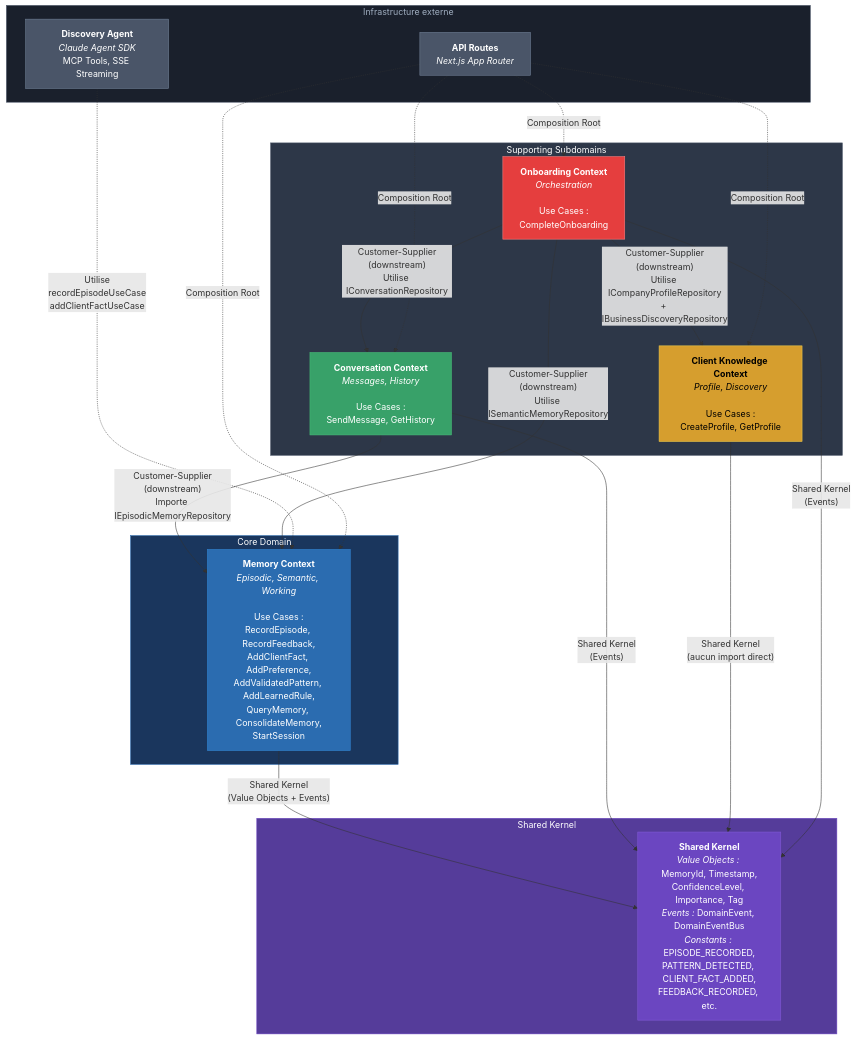
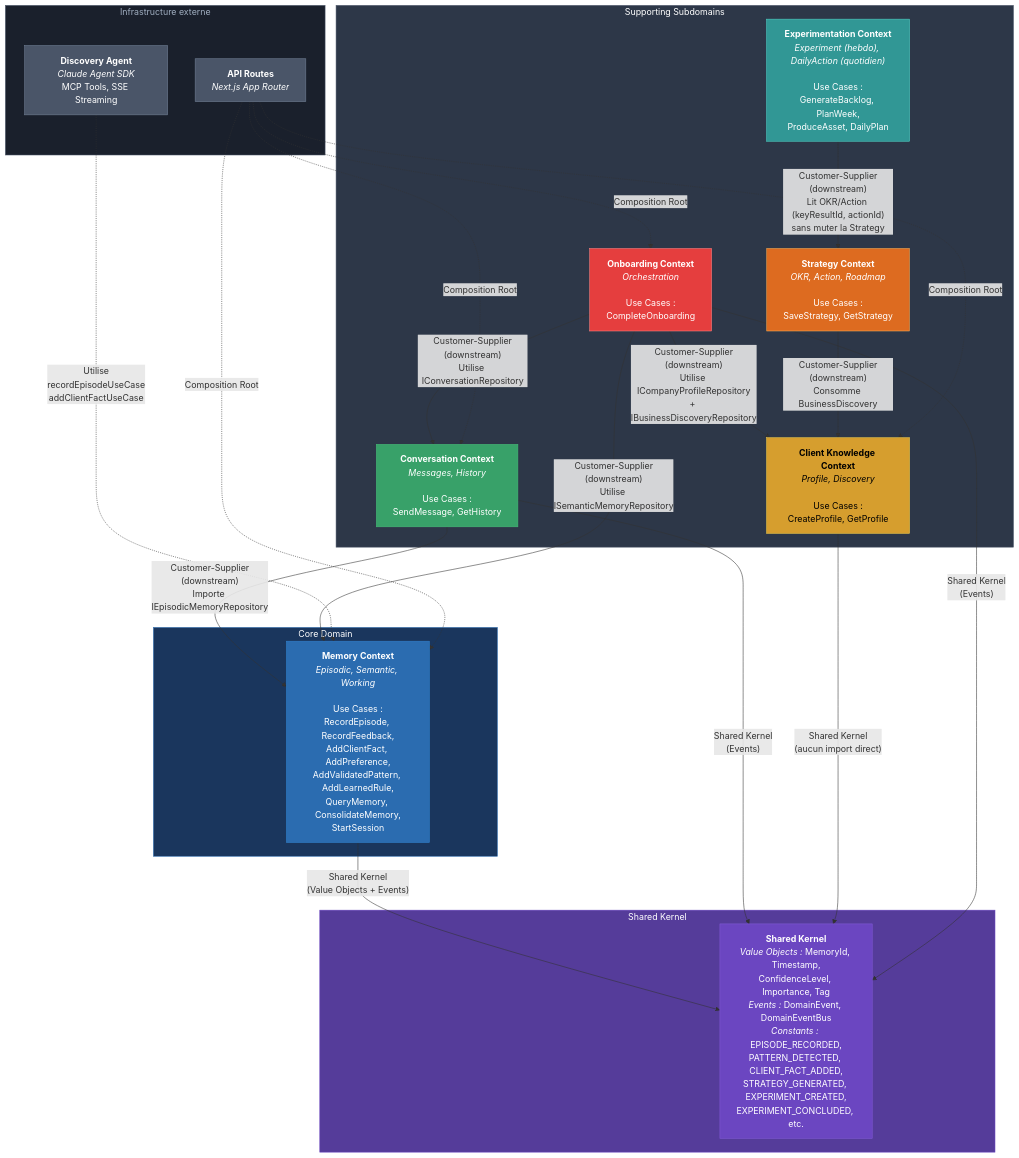
One commit to truchot/marketing-ai changed the first of 2 diagrams in docs/CONTEXT_MAP.md. Above: the diagram before and after it, drawn with Mermaid. The commit also changed other lines of this file and 2 other files, not shown here.

First line of the commit message:
docs: update context map and ubiquitous language, add data-flow diagram

````diff
--- a/docs/CONTEXT_MAP.md
+++ b/docs/CONTEXT_MAP.md
@@ -26,53 +30,59 @@
 ```mermaid
 graph TD
     subgraph core["Core Domain"]
         Memory["<b>Memory Context</b><br/><i>Episodic, Semantic, Working</i><br/><br/>Use Cases :<br/>RecordEpisode, RecordFeedback,<br/>AddClientFact, AddPreference,<br/>AddValidatedPattern, AddLearnedRule,<br/>QueryMemory, ConsolidateMemory,<br/>StartSession"]
     end
 
     subgraph supporting["Supporting Subdomains"]
         Conversation["<b>Conversation Context</b><br/><i>Messages, History</i><br/><br/>Use Cases :<br/>SendMessage, GetHistory"]
         ClientKnowledge["<b>Client Knowledge Context</b><br/><i>Profile, Discovery</i><br/><br/>Use Cases :<br/>CreateProfile, GetProfile"]
         Onboarding["<b>Onboarding Context</b><br/><i>Orchestration</i><br/><br/>Use Cases :<br/>CompleteOnboarding"]
+        Strategy["<b>Strategy Context</b><br/><i>OKR, Action, Roadmap</i><br/><br/>Use Cases :<br/>SaveStrategy, GetStrategy"]
+        Experimentation["<b>Experimentation Context</b><br/><i>Experiment (hebdo), DailyAction (quotidien)</i><br/><br/>Use Cases :<br/>GenerateBacklog, PlanWeek,<br/>ProduceAsset, DailyPlan"]
     end
 
     subgraph shared["Shared Kernel"]
-        SharedKernel["<b>Shared Kernel</b><br/><i>Value Objects :</i> MemoryId, Timestamp,<br/>ConfidenceLevel, Importance, Tag<br/><i>Events :</i> DomainEvent, DomainEventBus<br/><i>Constants :</i> EPISODE_RECORDED,<br/>PATTERN_DETECTED, CLIENT_FACT_ADDED,<br/>FEEDBACK_RECORDED, etc."]
+        SharedKernel["<b>Shared Kernel</b><br/><i>Value Objects :</i> MemoryId, Timestamp,<br/>ConfidenceLevel, Importance, Tag<br/><i>Events :</i> DomainEvent, DomainEventBus<br/><i>Constants :</i> EPISODE_RECORDED,<br/>PATTERN_DETECTED, CLIENT_FACT_ADDED,<br/>STRATEGY_GENERATED, EXPERIMENT_CREATED,<br/>EXPERIMENT_CONCLUDED, etc."]
     end
 
     subgraph external["Infrastructure externe"]
         DiscoveryAgent["<b>Discovery Agent</b><br/><i>Claude Agent SDK</i><br/>MCP Tools, SSE Streaming"]
         API["<b>API Routes</b><br/><i>Next.js App Router</i>"]
     end
 
     %% Relations Shared Kernel
     Memory -->|"Shared Kernel<br/>(Value Objects + Events)"| SharedKernel
     Conversation -->|"Shared Kernel<br/>(Events)"| SharedKernel
     ClientKnowledge -->|"Shared Kernel<br/>(aucun import direct)"| SharedKernel
     Onboarding -->|"Shared Kernel<br/>(Events)"| SharedKernel
 
     %% Relations inter-contextes
     Conversation -->|"Customer-Supplier<br/>(downstream)<br/>Importe IEpisodicMemoryRepository"| Memory
     Onboarding -->|"Customer-Supplier<br/>(downstream)<br/>Utilise ISemanticMemoryRepository"| Memory
     Onboarding -->|"Customer-Supplier<br/>(downstream)<br/>Utilise ICompanyProfileRepository<br/>+ IBusinessDiscoveryRepository"| ClientKnowledge
     Onboarding -->|"Customer-Supplier<br/>(downstream)<br/>Utilise IConversationRepository"| Conversation
+    Strategy -->|"Customer-Supplier<br/>(downstream)<br/>Consomme BusinessDiscovery"| ClientKnowledge
+    Experimentation -->|"Customer-Supplier<br/>(downstream)<br/>Lit OKR/Action (keyResultId, actionId)<br/>sans muter la Strategy"| Strategy
 
     %% Infrastructure
     DiscoveryAgent -.->|"Utilise<br/>recordEpisodeUseCase<br/>addClientFactUseCase"| Memory
     API -.->|"Composition Root"| Memory
     API -.->|"Composition Root"| Conversation
     API -.->|"Composition Root"| ClientKnowledge
     API -.->|"Composition Root"| Onboarding
 
     %% Styles
     style core fill:#1a365d,stroke:#2b6cb0,color:#fff
     style supporting fill:#2d3748,stroke:#4a5568,color:#fff
     style shared fill:#553c9a,stroke:#6b46c1,color:#fff
     style external fill:#1a202c,stroke:#4a5568,color:#a0aec0
     style Memory fill:#2b6cb0,stroke:#3182ce,color:#fff
     style Conversation fill:#38a169,stroke:#48bb78,color:#fff
     style ClientKnowledge fill:#d69e2e,stroke:#ecc94b,color:#000
     style Onboarding fill:#e53e3e,stroke:#fc8181,color:#fff
+    style Strategy fill:#dd6b20,stroke:#f6ad55,color:#fff
+    style Experimentation fill:#319795,stroke:#4fd1c5,color:#fff
     style SharedKernel fill:#6b46c1,stroke:#805ad5,color:#fff
     style DiscoveryAgent fill:#4a5568,stroke:#718096,color:#fff
     style API fill:#4a5568,stroke:#718096,color:#fff
 ```
````
